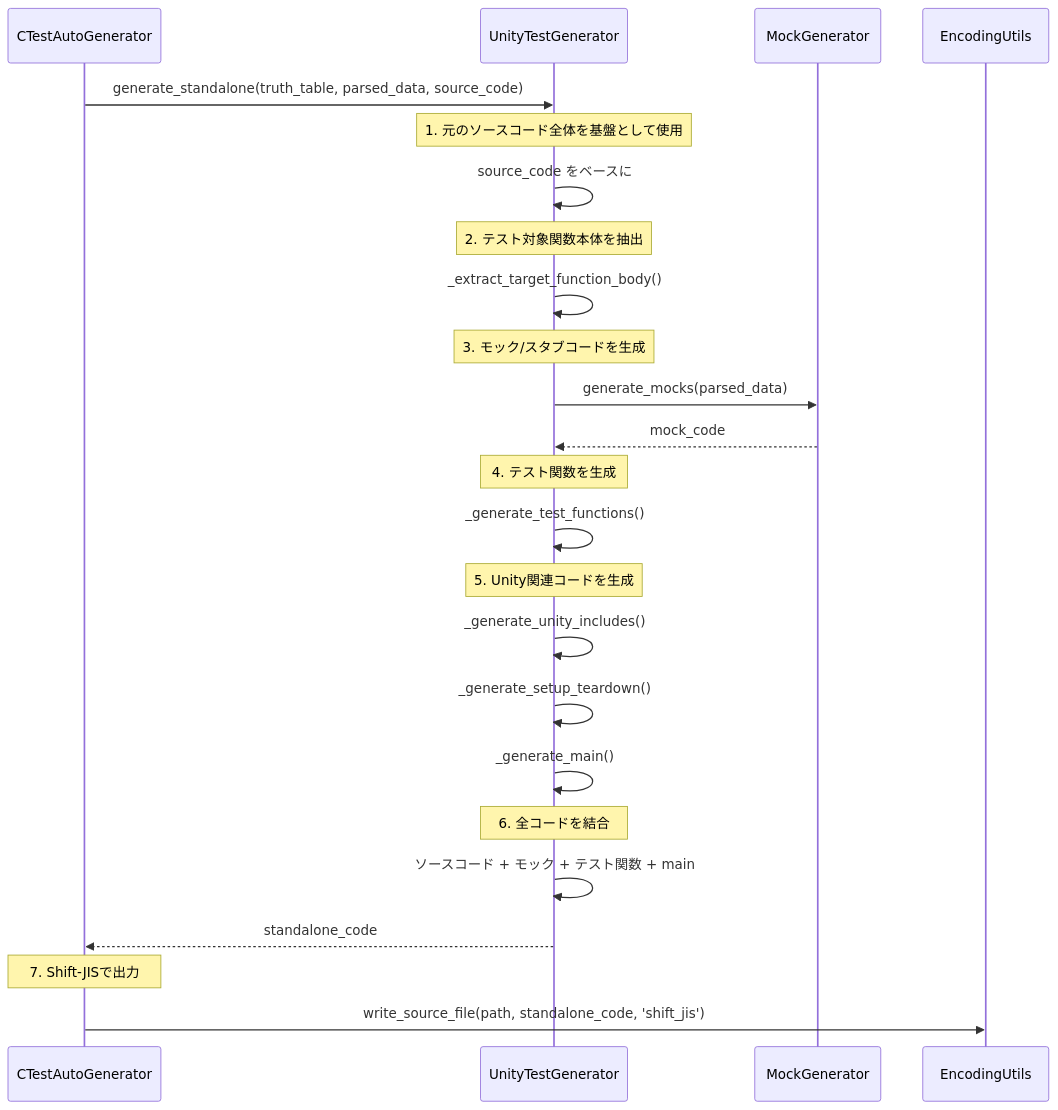
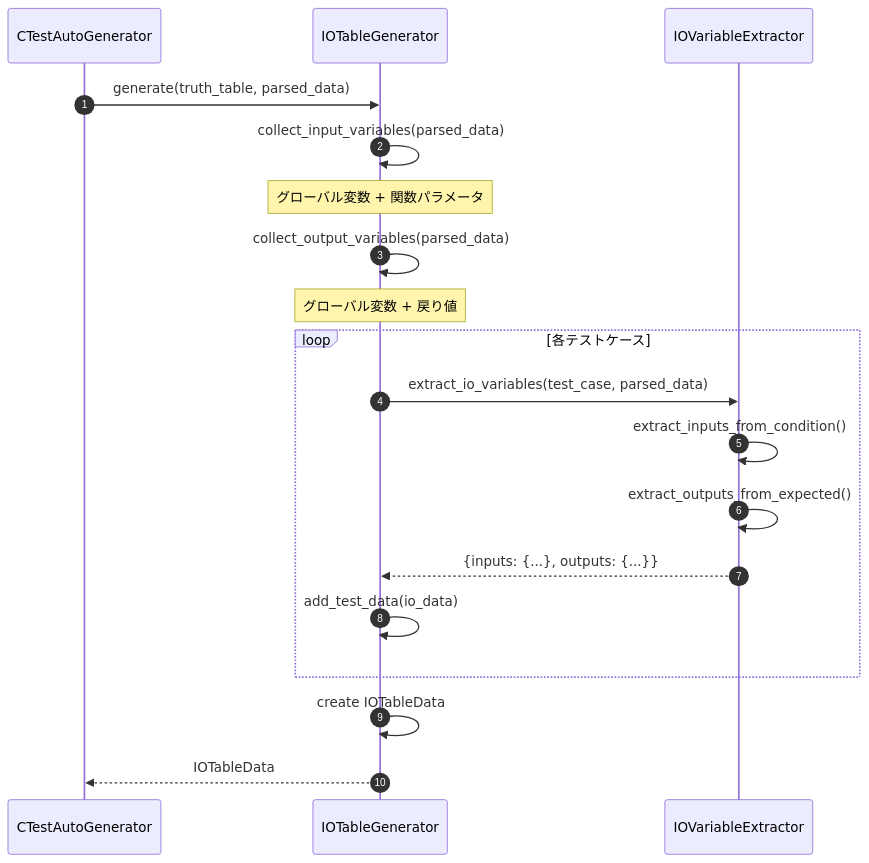
Before and after one commit to ryu5791/AutoUniTestGen: the tenth of 12 diagrams in doc/design_sequence_diagram.md, drawn with Mermaid. The commit also changed other lines of this file and 7 other files, not shown here.

````diff
--- a/doc/design_sequence_diagram.md
+++ b/doc/design_sequence_diagram.md
@@ -318,35 +445,26 @@
 ```mermaid
 sequenceDiagram
-    participant Main as CTestAutoGenerator
-    participant TestGen as UnityTestGenerator
-    participant MockGen as MockGenerator
-    participant Encoding as EncodingUtils
-
-    Main->>TestGen: generate_standalone(truth_table, parsed_data, source_code)
+    autonumber
+    participant Gen as CTestAutoGenerator
+    participant IOGen as IOTableGenerator
+    participant VarExt as IOVariableExtractor
     
-    Note over TestGen: 1. 元のソースコード全体を基盤として使用
-    TestGen->>TestGen: source_code をベースに
+    Gen->>IOGen: generate(truth_table, parsed_data)
     
-    Note over TestGen: 2. テスト対象関数本体を抽出
-    TestGen->>TestGen: _extract_target_function_body()
+    IOGen->>IOGen: collect_input_variables(parsed_data)
+    Note over IOGen: グローバル変数 + 関数パラメータ
     
-    Note over TestGen: 3. モック/スタブコードを生成
-    TestGen->>MockGen: generate_mocks(parsed_data)
-    MockGen-->>TestGen: mock_code
+    IOGen->>IOGen: collect_output_variables(parsed_data)
+    Note over IOGen: グローバル変数 + 戻り値
     
-    Note over TestGen: 4. テスト関数を生成
-    TestGen->>TestGen: _generate_test_functions()
+    loop 各テストケース
+        IOGen->>VarExt: extract_io_variables(test_case, parsed_data)
+        VarExt->>VarExt: extract_inputs_from_condition()
+        VarExt->>VarExt: extract_outputs_from_expected()
+        VarExt-->>IOGen: {inputs: {...}, outputs: {...}}
+        IOGen->>IOGen: add_test_data(io_data)
+    end
     
-    Note over TestGen: 5. Unity関連コードを生成
-    TestGen->>TestGen: _generate_unity_includes()
-    TestGen->>TestGen: _generate_setup_teardown()
-    TestGen->>TestGen: _generate_main()
-    
-    Note over TestGen: 6. 全コードを結合
-    TestGen->>TestGen: ソースコード + モック + テスト関数 + main
-    
-    TestGen-->>Main: standalone_code
-    
-    Note over Main: 7. Shift-JISで出力
-    Main->>Encoding: write_source_file(path, standalone_code, 'shift_jis')
+    IOGen->>IOGen: create IOTableData
+    IOGen-->>Gen: IOTableData
 ```
````
